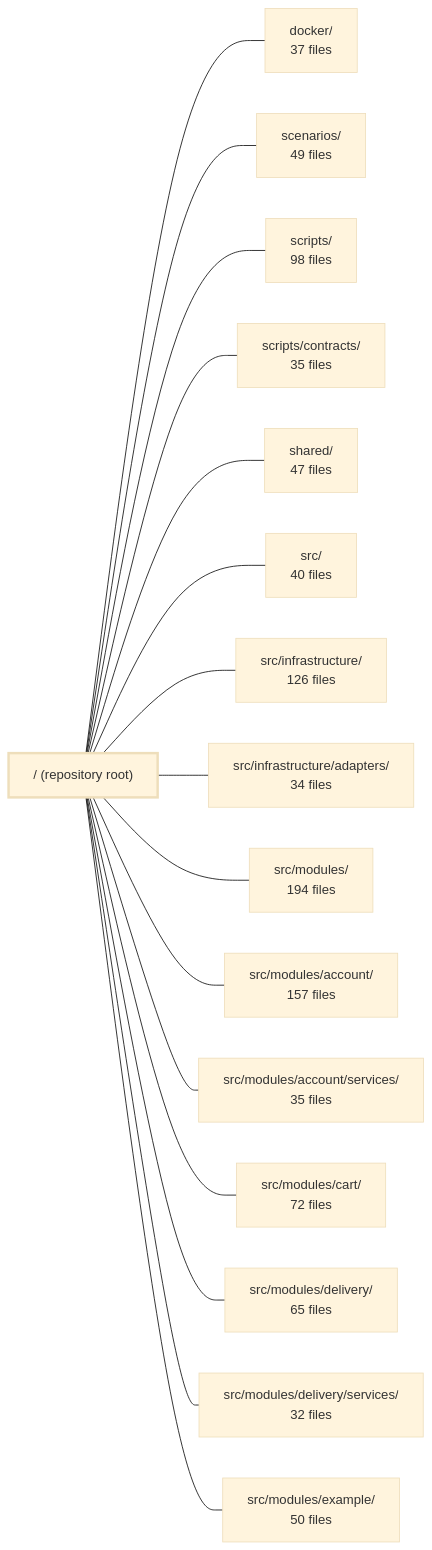
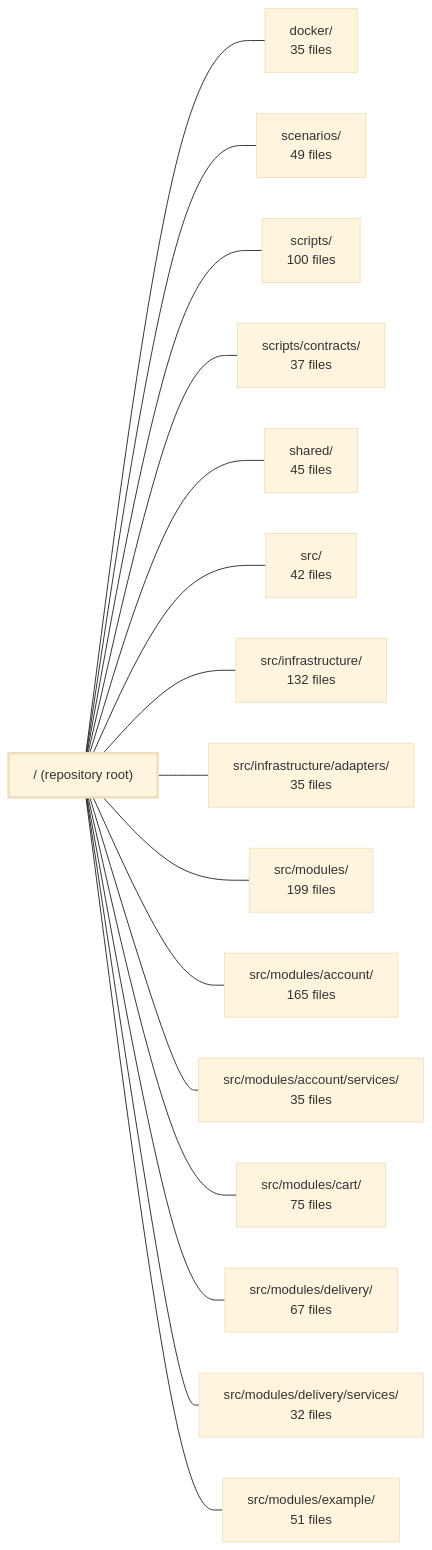
Before and after one commit to Guebbit/boilerplate-node-backend: the diagram in .2brain/modules/boilerplate-node-backend_ROOT.md, drawn with Mermaid (base theme). The commit also changed other lines of this file and 1102 other files, not shown here.

````diff
--- a/.2brain/modules/boilerplate-node-backend_ROOT.md
+++ b/.2brain/modules/boilerplate-node-backend_ROOT.md
@@ -41,35 +40,35 @@
 ```mermaid
 flowchart LR
     m_root["/ (repository root)"]
-    m_docker["docker/<br/>37 files"]
+    m_docker["docker/<br/>35 files"]
     m_scenarios["scenarios/<br/>49 files"]
-    m_scripts["scripts/<br/>98 files"]
-    m_scripts_contracts["scripts/contracts/<br/>35 files"]
-    m_shared["shared/<br/>47 files"]
-    m_src["src/<br/>40 files"]
-    m_src_infrastructure["src/infrastructure/<br/>126 files"]
-    m_src_infrastructure_adapters["src/infrastructure/adapters/<br/>34 files"]
-    m_src_modules["src/modules/<br/>194 files"]
-    m_src_modules_account["src/modules/account/<br/>157 files"]
+    m_scripts["scripts/<br/>100 files"]
+    m_scripts_contracts["scripts/contracts/<br/>37 files"]
+    m_shared["shared/<br/>45 files"]
+    m_src["src/<br/>42 files"]
+    m_src_infrastructure["src/infrastructure/<br/>132 files"]
+    m_src_infrastructure_adapters["src/infrastructure/adapters/<br/>35 files"]
+    m_src_modules["src/modules/<br/>199 files"]
+    m_src_modules_account["src/modules/account/<br/>165 files"]
     m_src_modules_account_services["src/modules/account/services/<br/>35 files"]
-    m_src_modules_cart["src/modules/cart/<br/>72 files"]
-    m_src_modules_delivery["src/modules/delivery/<br/>65 files"]
+    m_src_modules_cart["src/modules/cart/<br/>75 files"]
+    m_src_modules_delivery["src/modules/delivery/<br/>67 files"]
     m_src_modules_delivery_services["src/modules/delivery/services/<br/>32 files"]
-    m_src_modules_example["src/modules/example/<br/>50 files"]
+    m_src_modules_example["src/modules/example/<br/>51 files"]
     m_root --- m_docker
     m_root --- m_scenarios
     m_root --- m_scripts
     m_root --- m_scripts_contracts
     m_root --- m_shared
     m_root --- m_src
     m_root --- m_src_infrastructure
     m_root --- m_src_infrastructure_adapters
     m_root --- m_src_modules
     m_root --- m_src_modules_account
     m_root --- m_src_modules_account_services
     m_root --- m_src_modules_cart
     m_root --- m_src_modules_delivery
     m_root --- m_src_modules_delivery_services
     m_root --- m_src_modules_example
     style m_root stroke-width:3px
 ```
````
